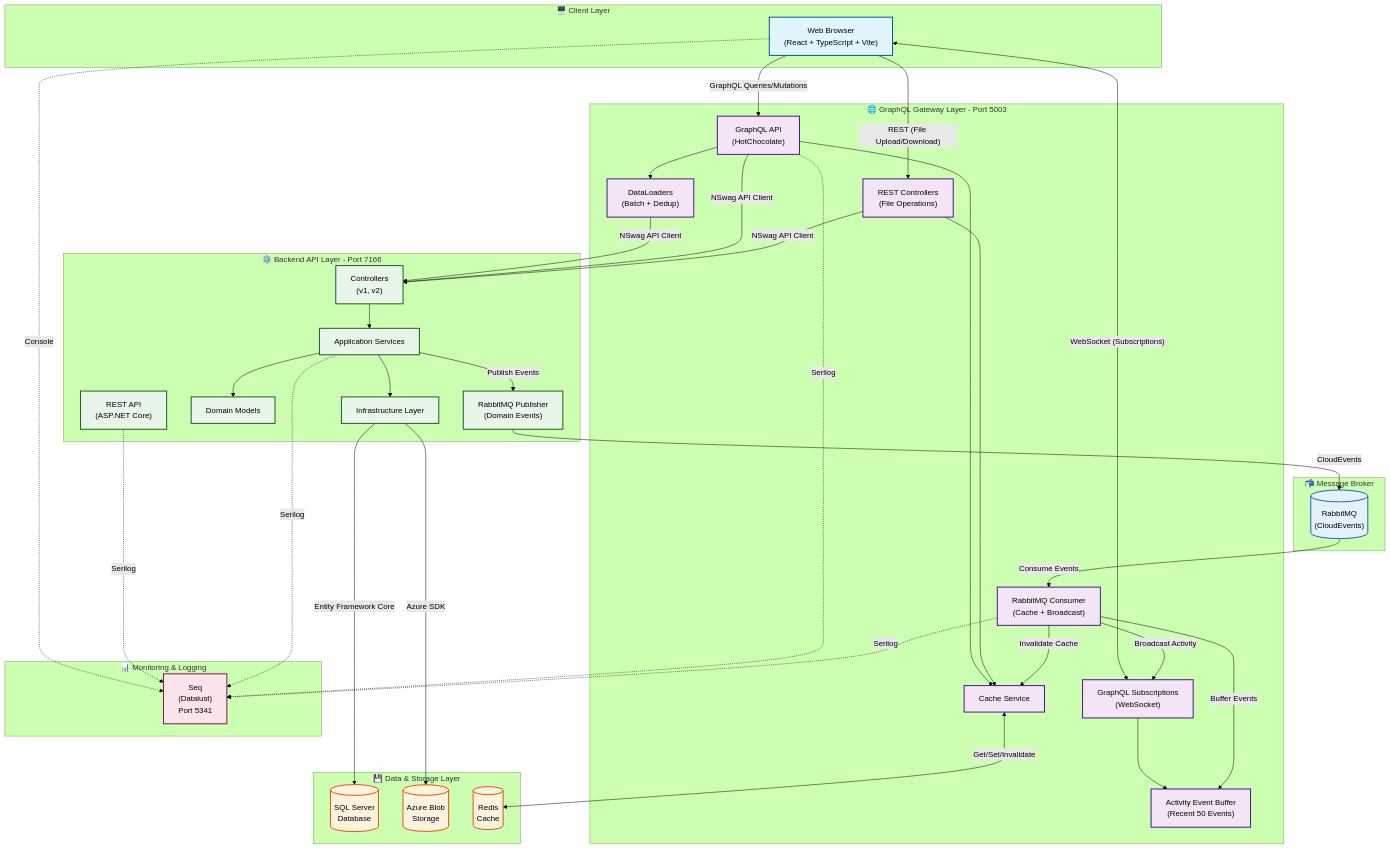
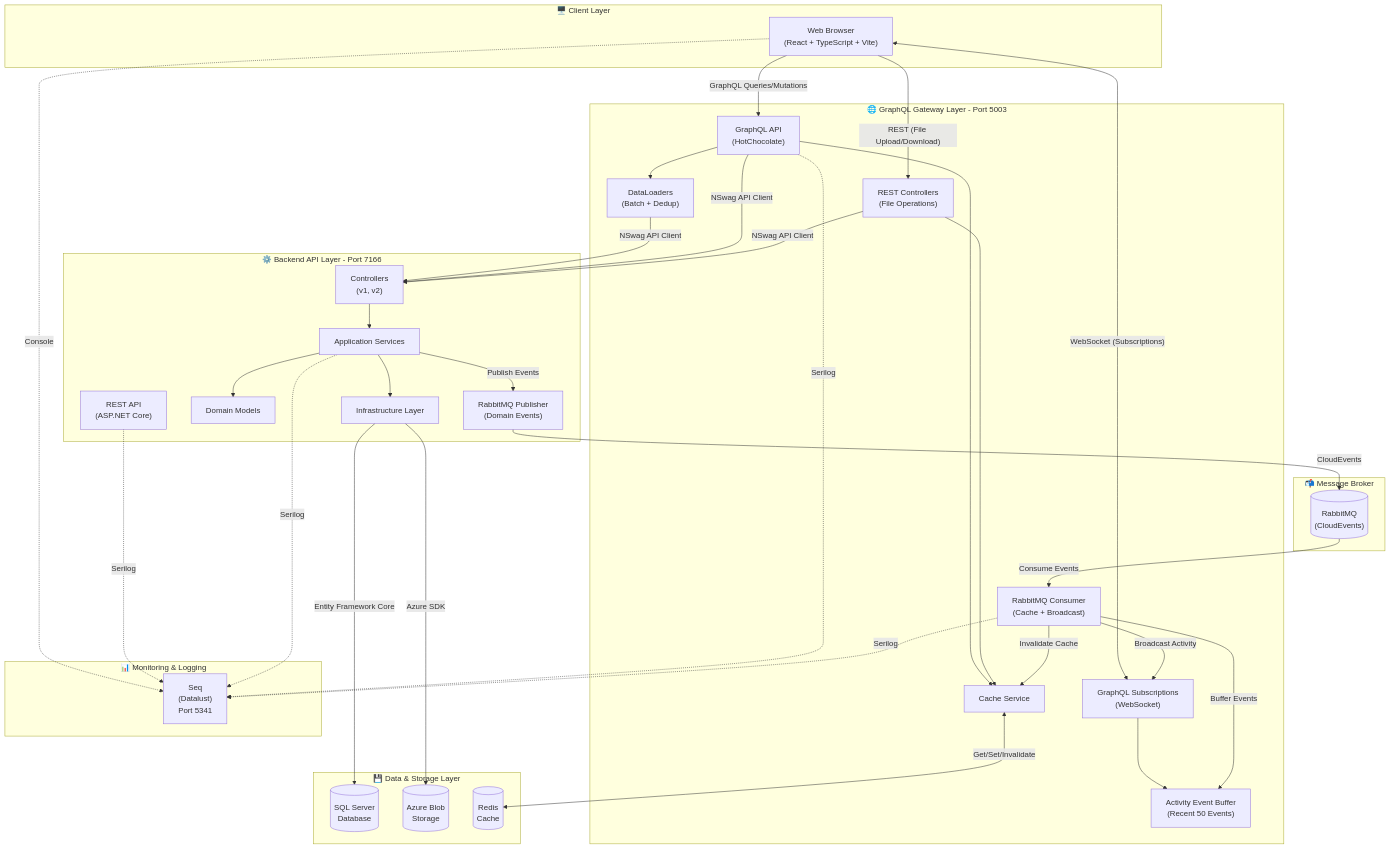
Before and after one commit to joealfa/ems-v2: the first of 4 diagrams in README.md, drawn with Mermaid.

Commit message:
chore: Remove unused Mermaid diagram styling from README.md

````diff
--- a/README.md
+++ b/README.md
@@ -207,5 +207,4 @@
 ```mermaid
-%%{init: {'theme': 'forest'}}%%
 graph TB
     subgraph Client["🖥️ Client Layer"]
         Browser["Web Browser<br/>(React + TypeScript + Vite)"]
@@ -286,19 +285,4 @@
     API -.->|"Serilog"| Seq
     Services -.->|"Serilog"| Seq
     RabbitConsumer -.->|"Serilog"| Seq
-
-    %% Styling
-    classDef clientStyle fill:#e1f5ff,stroke:#01579b,stroke-width:2px
-    classDef gatewayStyle fill:#f3e5f5,stroke:#4a148c,stroke-width:2px
-    classDef backendStyle fill:#e8f5e9,stroke:#1b5e20,stroke-width:2px
-    classDef dataStyle fill:#fff3e0,stroke:#e65100,stroke-width:2px
-    classDef messagingStyle fill:#e3f2fd,stroke:#1565c0,stroke-width:2px
-    classDef monitorStyle fill:#fce4ec,stroke:#880e4f,stroke-width:2px
-
-    class Browser clientStyle
-    class GQL,Subscriptions,DataLoaders,RestProxy,CacheService,EventBuffer,RabbitConsumer gatewayStyle
-    class API,Controllers,Services,Domain,Infrastructure,RabbitPublisher backendStyle
-    class SQL,Blob,Redis dataStyle
-    class RabbitMQ messagingStyle
-    class Seq monitorStyle
 ```
````
